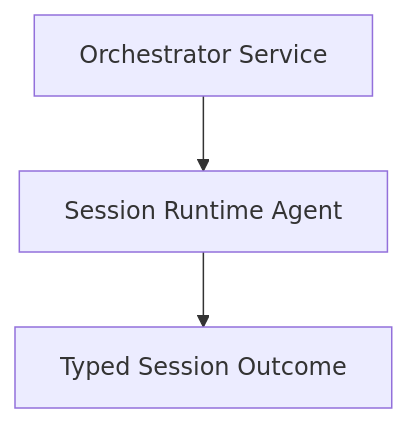
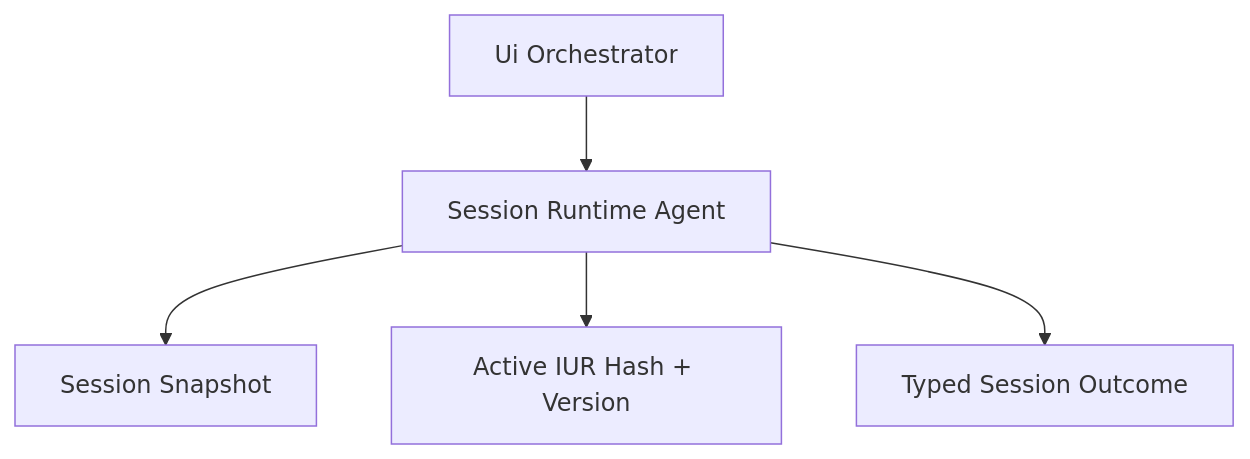
Before and after one commit to pcharbon70/jido_code_ui: the diagram in specs/session/ui_session_runtime_agent.md, drawn with Mermaid. The commit also changed other lines of this file and 17 other files, not shown here.

````diff
--- a/specs/session/ui_session_runtime_agent.md
+++ b/specs/session/ui_session_runtime_agent.md
@@ -13,5 +13,7 @@
 ```mermaid
 graph TD
-  A[Orchestrator Service] --> B[Session Runtime Agent]
-  B --> C[Typed Session Outcome]
+  A[Ui Orchestrator] --> B[Session Runtime Agent]
+  B --> C[Session Snapshot]
+  B --> D[Active IUR Hash + Version]
+  B --> E[Typed Session Outcome]
 ```
````
